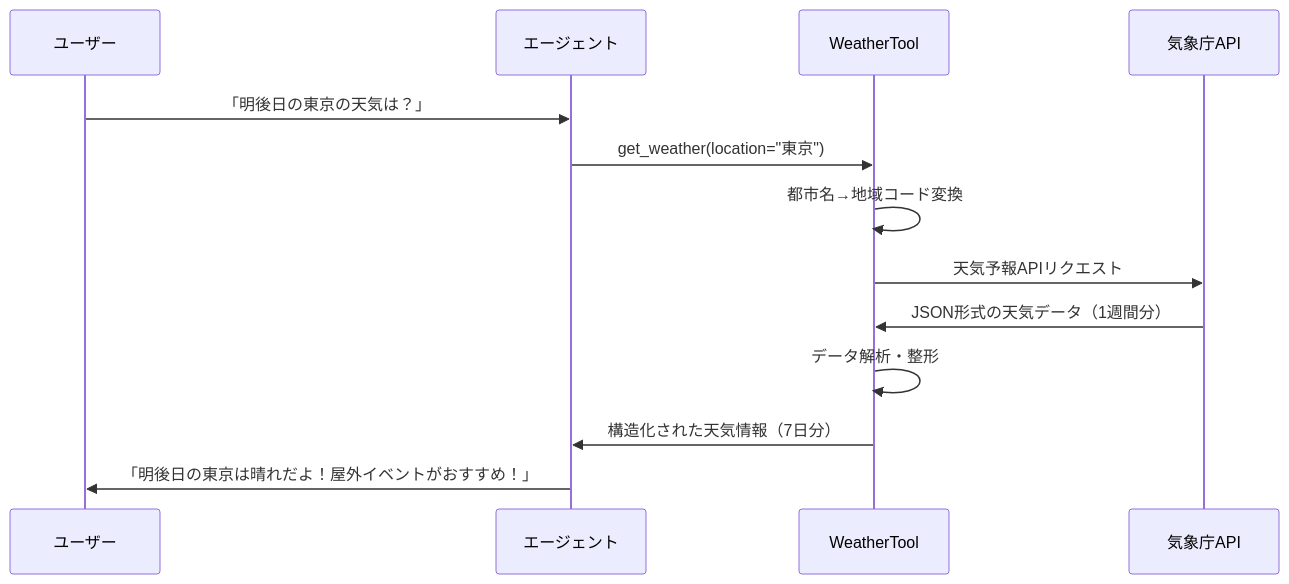
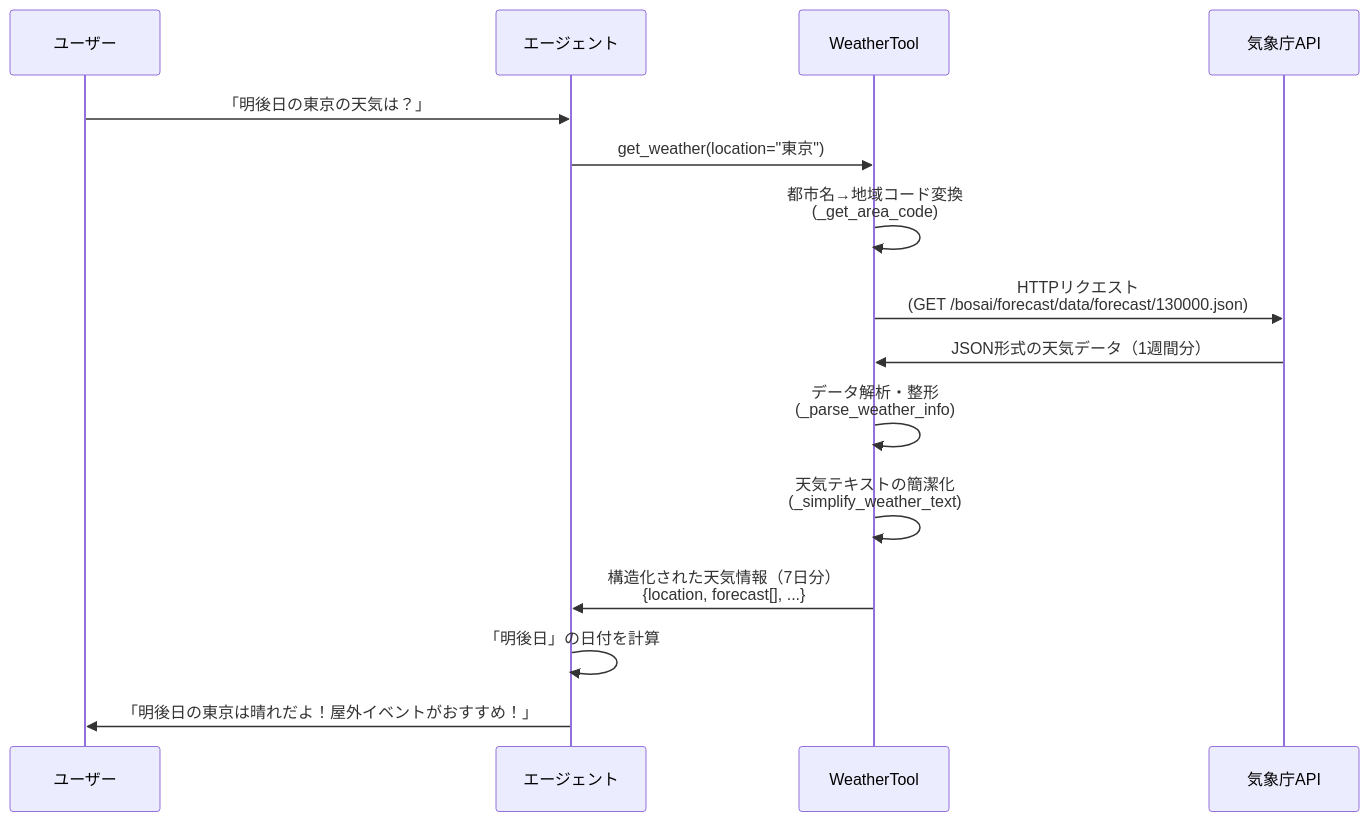
One commit to apol2020/mori-agent-demo changed the first of 2 diagrams in specs/天気情報取得ツールの追加.md. Above: the diagram before and after it, drawn with Mermaid. The commit also changed other lines of this file and 4 other files, not shown here.

````diff
--- a/specs/天気情報取得ツールの追加.md
+++ b/specs/天気情報取得ツールの追加.md
@@ -48,16 +55,18 @@
 ```mermaid
 sequenceDiagram
     participant User as ユーザー
     participant Agent as エージェント
     participant WeatherTool as WeatherTool
     participant JMA as 気象庁API
 
     User->>Agent: 「明後日の東京の天気は？」
     Agent->>WeatherTool: get_weather(location="東京")
-    WeatherTool->>WeatherTool: 都市名→地域コード変換
-    WeatherTool->>JMA: 天気予報APIリクエスト
+    WeatherTool->>WeatherTool: 都市名→地域コード変換<br/>(_get_area_code)
+    WeatherTool->>JMA: HTTPリクエスト<br/>(GET /bosai/forecast/data/forecast/130000.json)
     JMA->>WeatherTool: JSON形式の天気データ（1週間分）
-    WeatherTool->>WeatherTool: データ解析・整形
-    WeatherTool->>Agent: 構造化された天気情報（7日分）
+    WeatherTool->>WeatherTool: データ解析・整形<br/>(_parse_weather_info)
+    WeatherTool->>WeatherTool: 天気テキストの簡潔化<br/>(_simplify_weather_text)
+    WeatherTool->>Agent: 構造化された天気情報（7日分）<br/>{location, forecast[], ...}
+    Agent->>Agent: 「明後日」の日付を計算
     Agent->>User: 「明後日の東京は晴れだよ！屋外イベントがおすすめ！」
 ```
````
